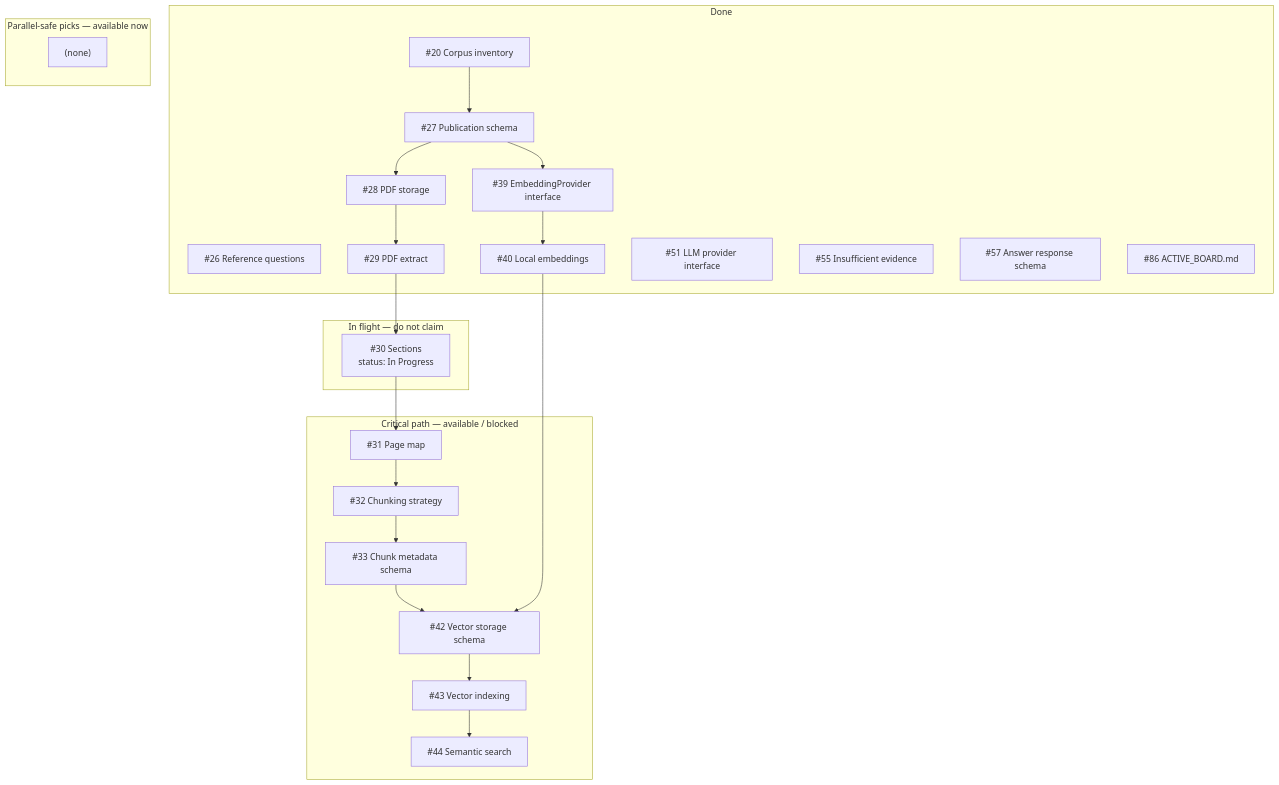
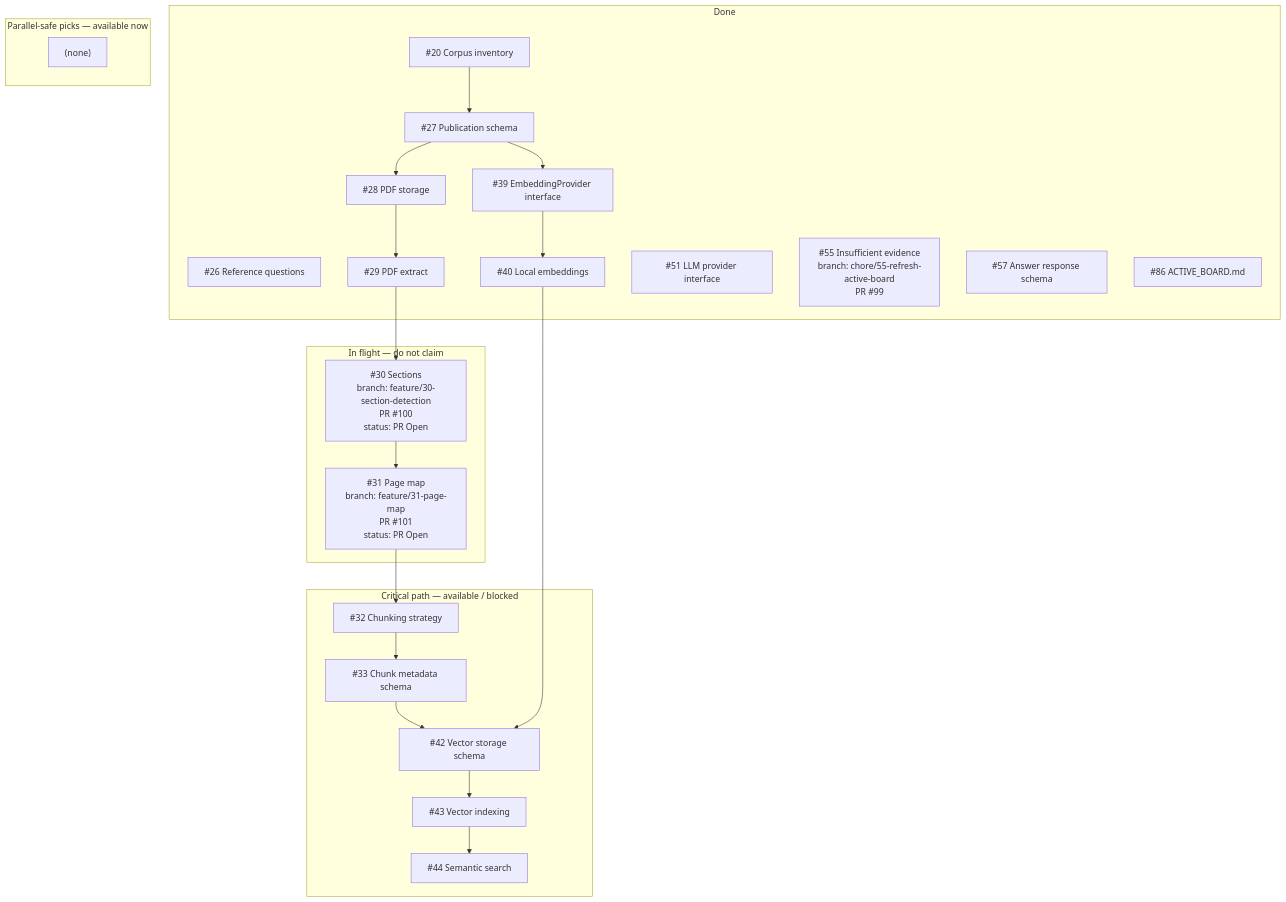
The diagram in docs/development/ACTIVE_BOARD.md (bluefate/spacebio-evidence-engine), drawn with Mermaid before and after one commit. The commit also changed other lines of this file, not shown here.

Commit message:
chore: re-refresh ACTIVE_BOARD for current open PRs
Include #30 PR #100 and #31 PR #101 in the in-flight snapshot after peer review of #99.

````diff
--- a/docs/development/ACTIVE_BOARD.md
+++ b/docs/development/ACTIVE_BOARD.md
@@ -61,43 +61,43 @@
 ```mermaid
 flowchart TB
   subgraph done [Done]
     i20["#20 Corpus inventory"]
     i26["#26 Reference questions"]
     i27["#27 Publication schema"]
     i28["#28 PDF storage"]
     i29["#29 PDF extract"]
     i39["#39 EmbeddingProvider interface"]
     i40["#40 Local embeddings"]
     i51["#51 LLM provider interface"]
-    i55["#55 Insufficient evidence"]
+    i55["#55 Insufficient evidence<br/>branch: chore/55-refresh-active-board<br/>PR #99"]
     i57["#57 Answer response schema"]
     i86["#86 ACTIVE_BOARD.md"]
   end
   subgraph inflight [In flight — do not claim]
-    i30["#30 Sections<br/>status: In Progress"]
+    i30["#30 Sections<br/>branch: feature/30-section-detection<br/>PR #100<br/>status: PR Open"]
+    i31["#31 Page map<br/>branch: feature/31-page-map<br/>PR #101<br/>status: PR Open"]
   end
   subgraph nextCritical [Critical path — available / blocked]
-    i31["#31 Page map"]
     i32["#32 Chunking strategy"]
     i33["#33 Chunk metadata schema"]
     i42["#42 Vector storage schema"]
     i43["#43 Vector indexing"]
     i44["#44 Semantic search"]
   end
   subgraph nextParallel [Parallel-safe picks — available now]
     nextParallel_empty["(none)"]
   end
   i20 --> i27
   i27 --> i28
   i28 --> i29
   i29 --> i30
   i30 --> i31
   i31 --> i32
   i32 --> i33
   i33 --> i42
   i27 --> i39
   i39 --> i40
   i40 --> i42
   i42 --> i43
   i43 --> i44
 ```
````
